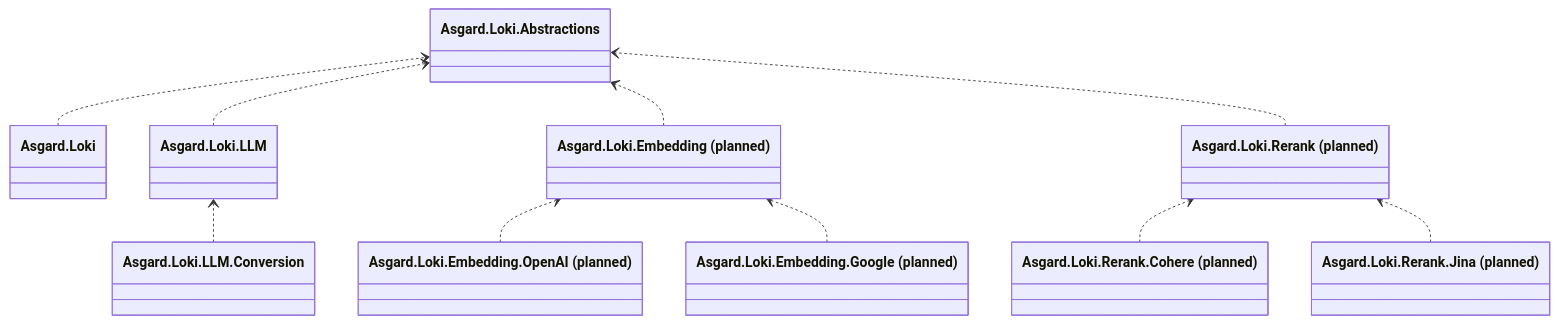
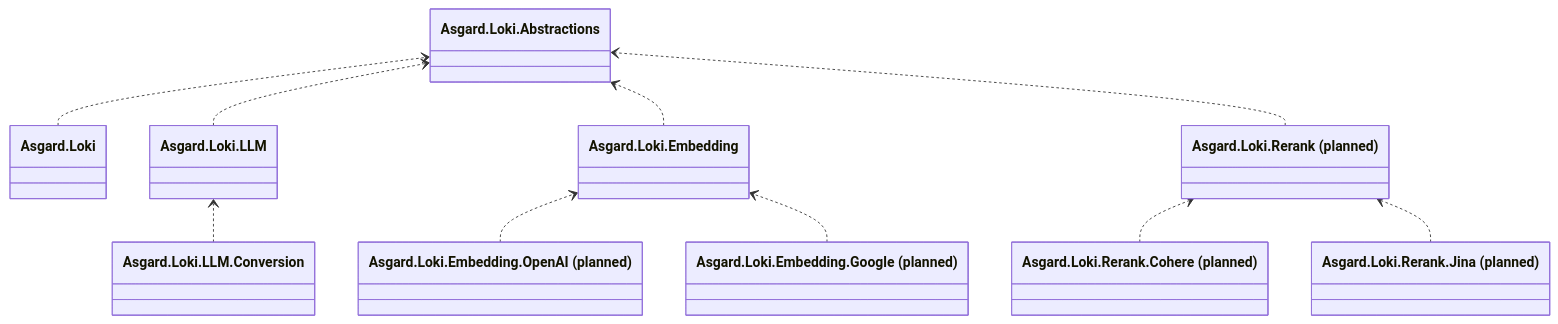
The diagram in docs/model-call-roadmap.md (BenLampson/Asgard.Loki), drawn with Mermaid before and after one commit. The commit also changed other lines of this file and 26 other files, not shown here.

````diff
--- a/docs/model-call-roadmap.md
+++ b/docs/model-call-roadmap.md
@@ -150,23 +151,23 @@
 ```mermaid
 classDiagram
 direction BT
 class Abstractions["Asgard.Loki.Abstractions"]
 class Client["Asgard.Loki"]
 class LLM["Asgard.Loki.LLM"]
 class Conversion["Asgard.Loki.LLM.Conversion"]
-class Embedding["Asgard.Loki.Embedding (planned)"]
+class Embedding["Asgard.Loki.Embedding"]
 class Rerank["Asgard.Loki.Rerank (planned)"]
 class EmbeddingOpenAI["Asgard.Loki.Embedding.OpenAI (planned)"]
 class EmbeddingGoogle["Asgard.Loki.Embedding.Google (planned)"]
 class RerankCohere["Asgard.Loki.Rerank.Cohere (planned)"]
 class RerankJina["Asgard.Loki.Rerank.Jina (planned)"]
 Client ..> Abstractions
 LLM ..> Abstractions
 Conversion ..> LLM
 Embedding ..> Abstractions
 Rerank ..> Abstractions
 EmbeddingOpenAI ..> Embedding
 EmbeddingGoogle ..> Embedding
 RerankCohere ..> Rerank
 RerankJina ..> Rerank
 ```
````
